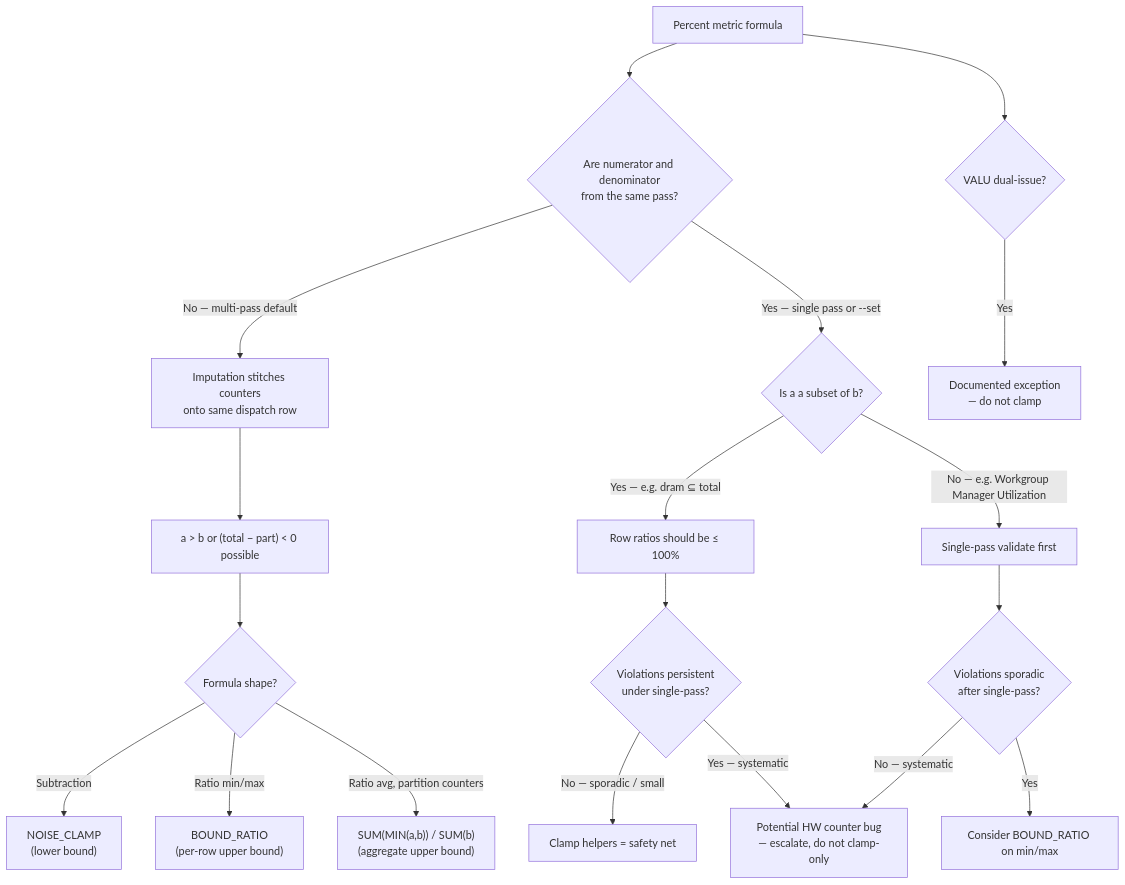
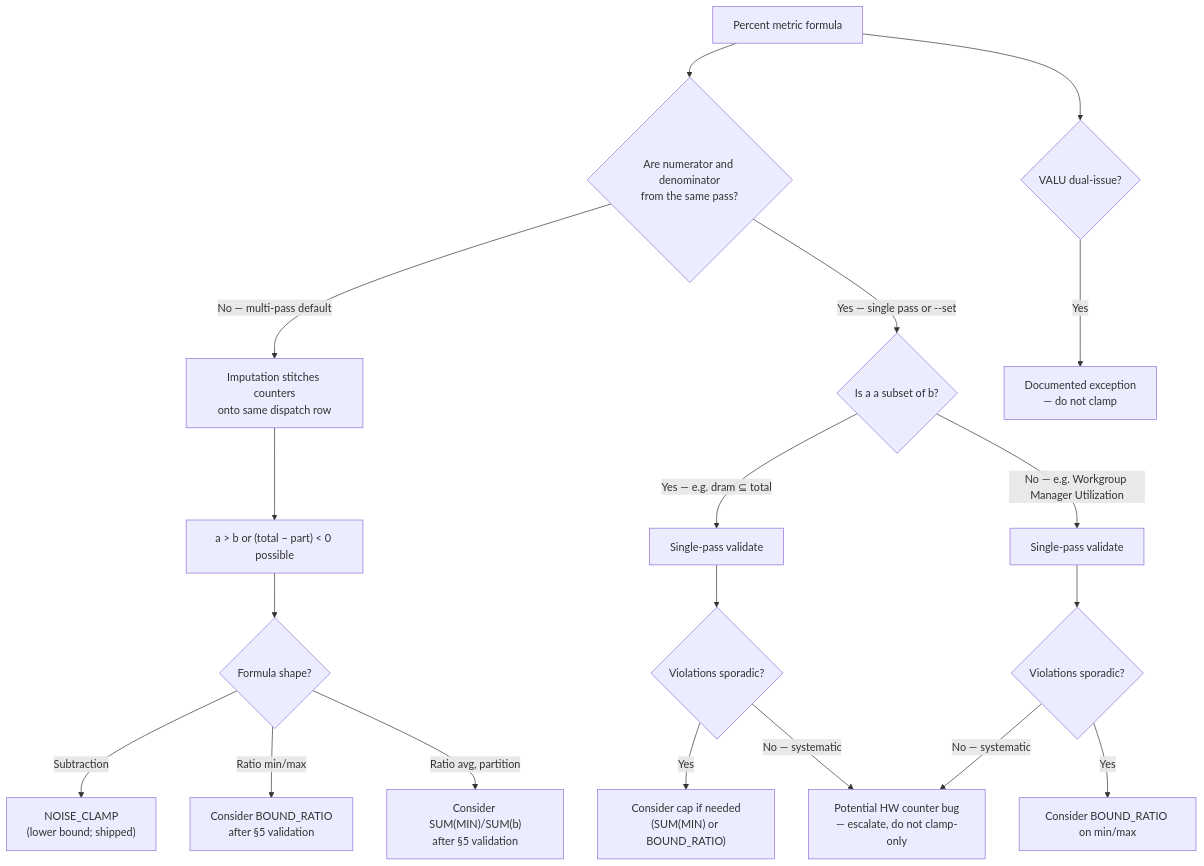
The diagram in projects/rocprofiler-compute/docs/design/metric-counter-correction-methods.md (ROCm/rocm-systems), drawn with Mermaid before and after one commit. The commit also changed other lines of this file, not shown here.

First line of the commit message:
[rocprofiler-compute] Unify validate-first gate for partition and non-partition caps

````diff
--- a/projects/rocprofiler-compute/docs/design/metric-counter-correction-methods.md
+++ b/projects/rocprofiler-compute/docs/design/metric-counter-correction-methods.md
@@ -350,21 +355,21 @@
 ```mermaid
 flowchart TD
     A["Percent metric formula"] --> B{"Are numerator and denominator<br/>from the same pass?"}
     B -->|No — multi-pass default| C["Imputation stitches counters<br/>onto same dispatch row"]
     C --> D["a > b or (total − part) < 0 possible"]
     D --> E{"Formula shape?"}
-    E -->|Subtraction| F["NOISE_CLAMP<br/>(lower bound)"]
-    E -->|Ratio min/max| G["BOUND_RATIO<br/>(per-row upper bound)"]
-    E -->|Ratio avg, partition counters| H["SUM(MIN(a,b)) / SUM(b)<br/>(aggregate upper bound)"]
+    E -->|Subtraction| F["NOISE_CLAMP<br/>(lower bound; shipped)"]
+    E -->|Ratio min/max| G["Consider BOUND_RATIO<br/>after §5 validation"]
+    E -->|Ratio avg, partition| H["Consider SUM(MIN)/SUM(b)<br/>after §5 validation"]
     B -->|Yes — single pass or --set| I{"Is a a subset of b?"}
-    I -->|Yes — e.g. dram ⊆ total| J["Row ratios should be ≤ 100%"]
-    J --> J2{"Violations persistent<br/>under single-pass?"}
-    J2 -->|No — sporadic / small| K["Clamp helpers = safety net"]
-    J2 -->|Yes — systematic| P["Potential HW counter bug<br/>— escalate, do not clamp-only"]
-    I -->|No — e.g. Workgroup Manager Utilization| L["Single-pass validate first"]
-    L --> L2{"Violations sporadic<br/>after single-pass?"}
+    I -->|Yes — e.g. dram ⊆ total| J["Single-pass validate"]
+    J --> J2{"Violations sporadic?"}
+    J2 -->|Yes| K["Consider cap if needed<br/>(SUM(MIN) or BOUND_RATIO)"]
+    J2 -->|No — systematic| P["Potential HW counter bug<br/>— escalate, do not clamp-only"]
+    I -->|No — e.g. Workgroup Manager Utilization| L["Single-pass validate"]
+    L --> L2{"Violations sporadic?"}
     L2 -->|Yes| M["Consider BOUND_RATIO on min/max"]
     L2 -->|No — systematic| P
     A --> N{"VALU dual-issue?"}
     N -->|Yes| O["Documented exception<br/>— do not clamp"]
 ```
````
